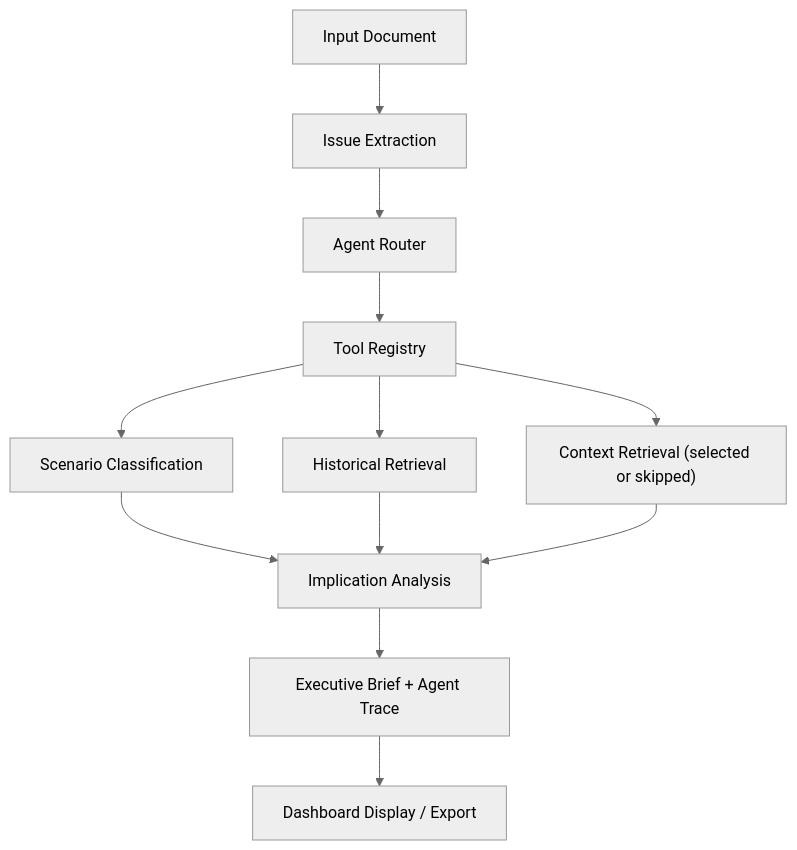
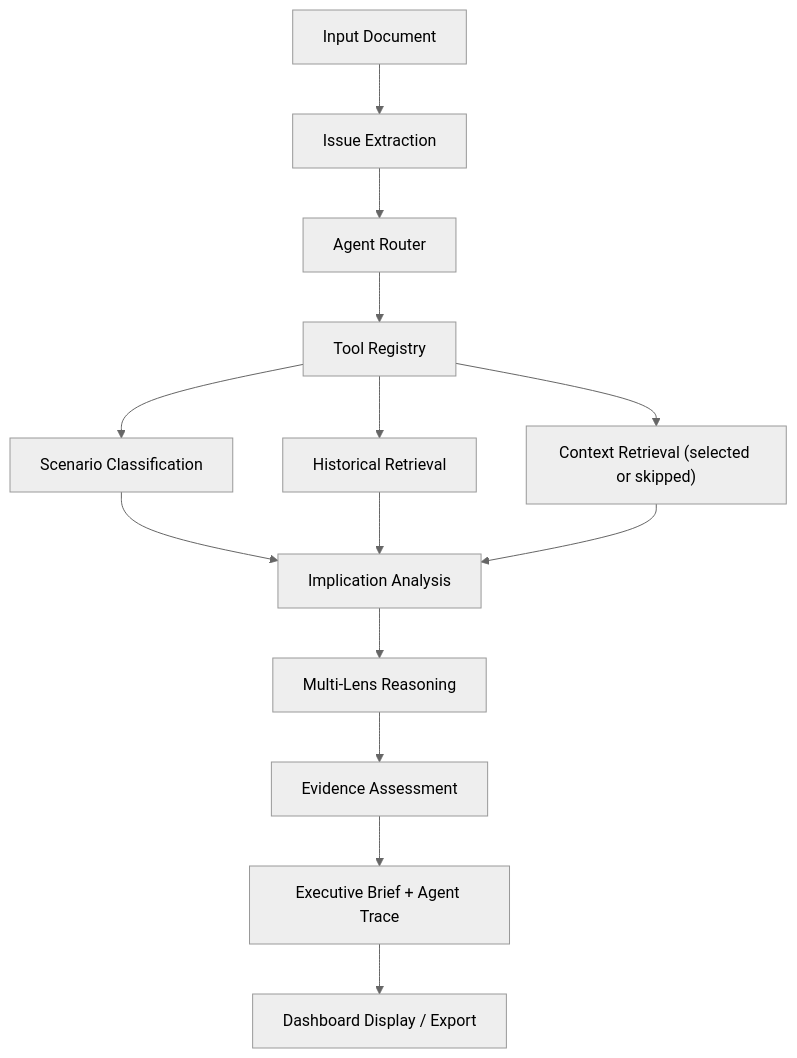
Before and after one commit to nanabb333/strategic_intelligence_agent: the diagram in docs/architecture_diagram.md, drawn with Mermaid (neutral theme). The commit also changed 37 other files, not shown here.

````diff
--- a/docs/architecture_diagram.md
+++ b/docs/architecture_diagram.md
@@ -3,14 +3,16 @@
 ```mermaid
 flowchart TD
     A["Input Document"] --> B["Issue Extraction"]
     B --> R["Agent Router"]
     R --> T["Tool Registry"]
     T --> C["Scenario Classification"]
     T --> D["Historical Retrieval"]
     T --> E["Context Retrieval (selected or skipped)"]
     C --> F["Implication Analysis"]
     D --> F
     E --> F
-    F --> G["Executive Brief + Agent Trace"]
+    F --> I["Multi-Lens Reasoning"]
+    I --> J["Evidence Assessment"]
+    J --> G["Executive Brief + Agent Trace"]
     G --> H["Dashboard Display / Export"]
 ```
````
